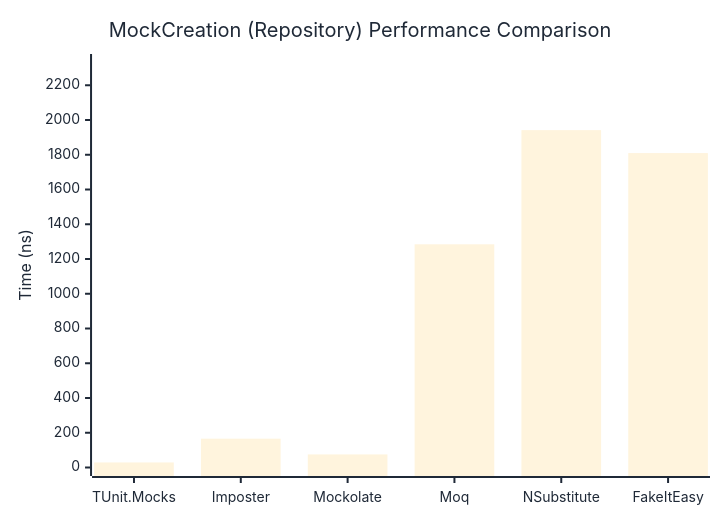
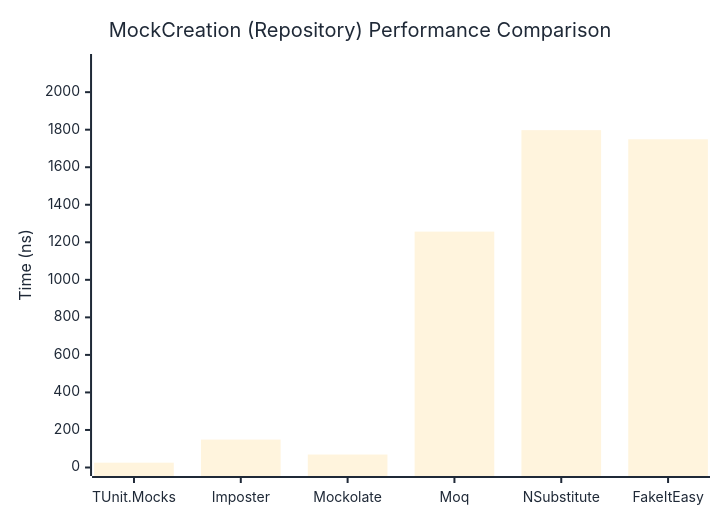
Before and after one commit to thomhurst/TUnit: the second of 2 diagrams in docs/docs/benchmarks/mocks/MockCreation.md, drawn with Mermaid. The commit also changed other lines of this file and 14 other files, not shown here.

````diff
--- a/docs/docs/benchmarks/mocks/MockCreation.md
+++ b/docs/docs/benchmarks/mocks/MockCreation.md
@@ -69,27 +69,27 @@
 ```mermaid
 %%{init: {
   'theme':'base',
   'themeVariables': {
     'primaryColor': '#2563eb',
     'primaryTextColor': '#1f2937',
     'primaryBorderColor': '#1e40af',
     'lineColor': '#6b7280',
     'secondaryColor': '#7c3aed',
     'tertiaryColor': '#dc2626',
     'background': '#ffffff',
     'pie1': '#2563eb',
     'pie2': '#7c3aed',
     'pie3': '#dc2626',
     'pie4': '#f59e0b',
     'pie5': '#10b981',
     'pie6': '#06b6d4',
     'pie7': '#ec4899',
     'pie8': '#6366f1'
   }
 }}%%
 xychart-beta
   title "MockCreation (Repository) Performance Comparison"
   x-axis ["TUnit.Mocks", "Imposter", "Mockolate", "Moq", "NSubstitute", "FakeItEasy"]
-  y-axis "Time (ns)" 0 --> 2331
-  bar [29.12, 165.87, 75.26, 1284.62, 1941.72, 1809.63]
+  y-axis "Time (ns)" 0 --> 2158
+  bar [25.66, 148.74, 69.16, 1256.87, 1797.54, 1748.91]
 ```
````
